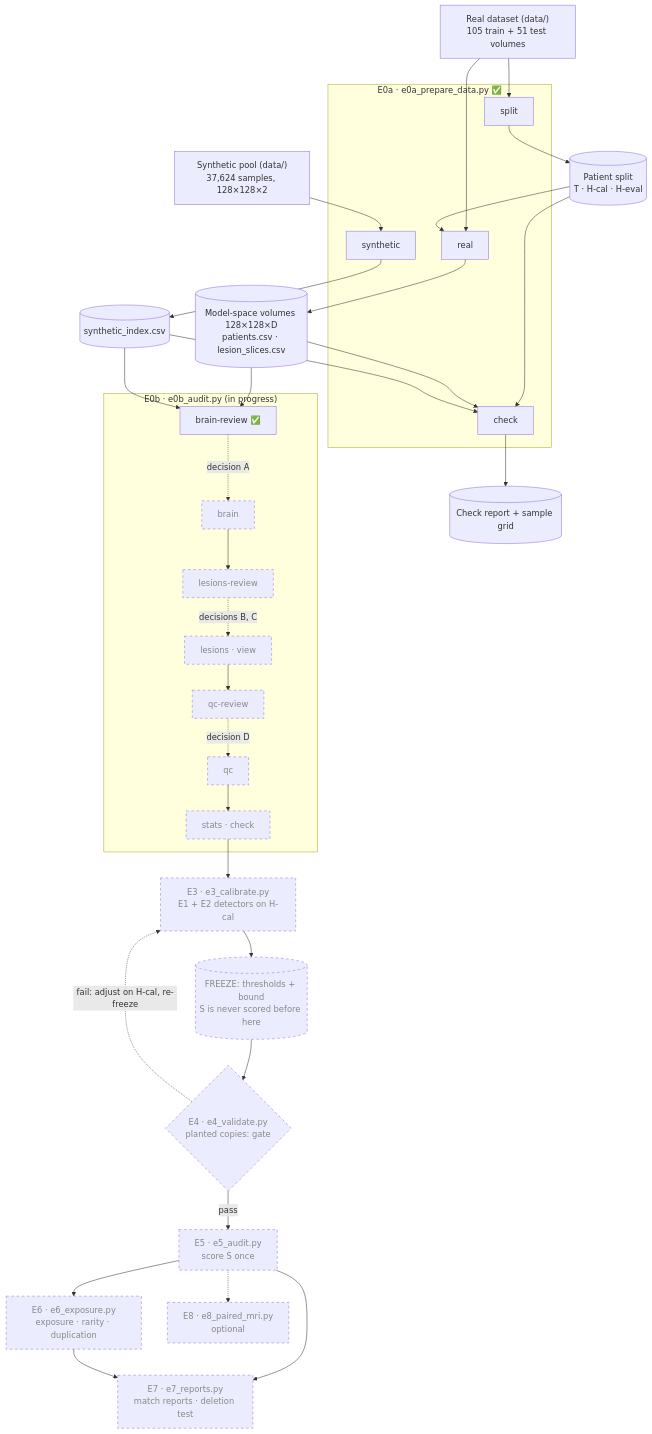
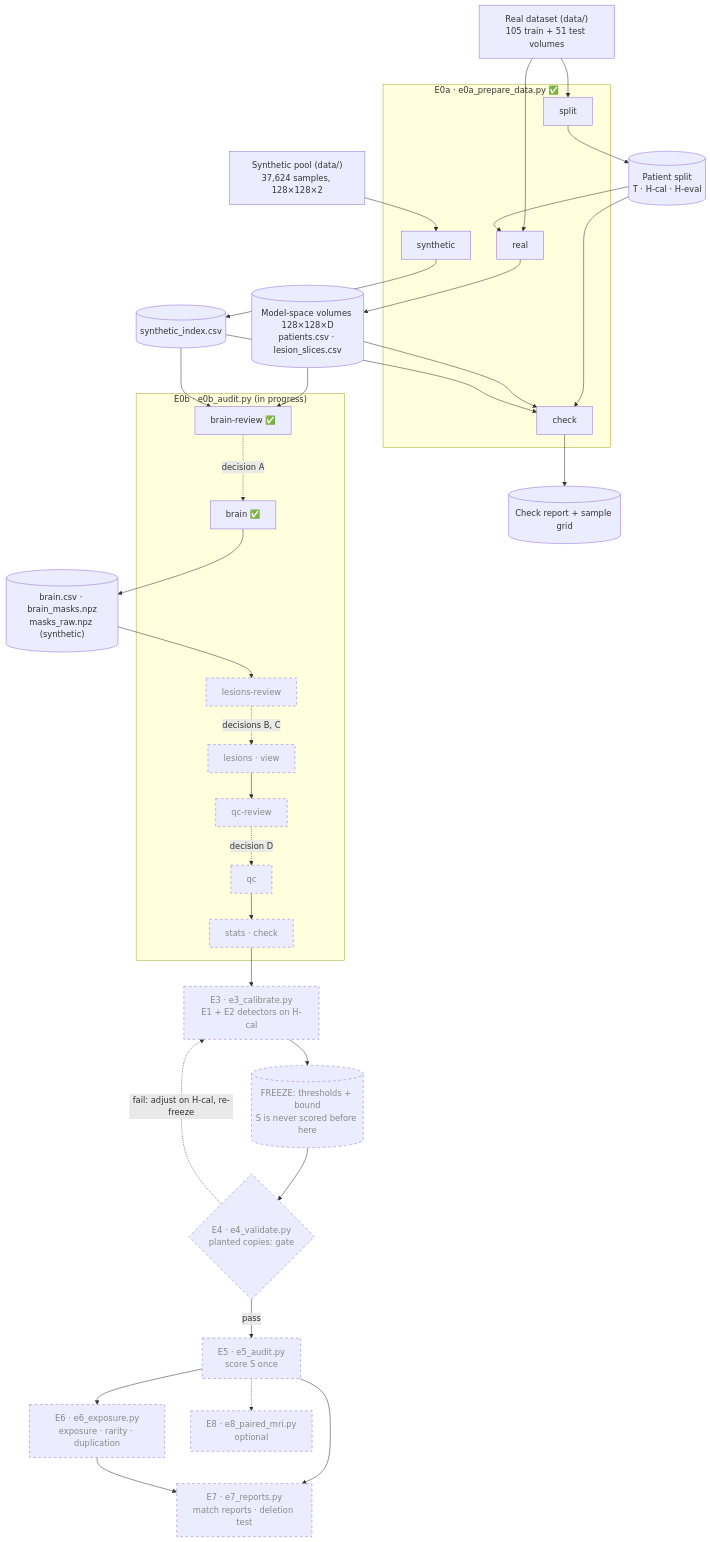
The first of 2 diagrams in docs/architecture.md (mattia3003/MT_project), drawn with Mermaid before and after one commit. The commit also changed other lines of this file and 25 other files, not shown here.

````diff
--- a/docs/architecture.md
+++ b/docs/architecture.md
@@ -24,57 +24,58 @@
 ```mermaid
 flowchart TD
     RAW["Real dataset (data/)<br/>105 train + 51 test volumes"]
     POOL["Synthetic pool (data/)<br/>37,624 samples, 128×128×2"]
 
     subgraph E0A["E0a · e0a_prepare_data.py ✅"]
         SPLIT["split"]
         REAL["real"]
         SYN["synthetic"]
         CHECK["check"]
     end
 
     SPLITCSV[("Patient split<br/>T · H-cal · H-eval")]
     VOLS[("Model-space volumes 128×128×D<br/>patients.csv · lesion_slices.csv")]
     INDEX[("synthetic_index.csv")]
     REPORT[("Check report + sample grid")]
 
     RAW --> SPLIT --> SPLITCSV
     RAW --> REAL
     SPLITCSV --> REAL --> VOLS
     POOL --> SYN --> INDEX
     SPLITCSV & VOLS & INDEX --> CHECK --> REPORT
 
     subgraph E0B["E0b · e0b_audit.py (in progress)"]
         BREV["brain-review ✅"]
-        BRAIN["brain"]:::planned
+        BRAIN["brain ✅"]
         LREV["lesions-review"]:::planned
         LES["lesions · view"]:::planned
         QREV["qc-review"]:::planned
         QC["qc"]:::planned
         STATS["stats · check"]:::planned
     end
     BREV -.->|"decision A"| BRAIN
-    BRAIN --> LREV
+    BRAINOUT[("brain.csv · brain_masks.npz<br/>masks_raw.npz (synthetic)")]
+    BRAIN --> BRAINOUT --> LREV
     LREV -.->|"decisions B, C"| LES
     LES --> QREV
     QREV -.->|"decision D"| QC
     QC --> STATS
 
     E3["E3 · e3_calibrate.py<br/>E1 + E2 detectors on H-cal"]:::planned
     FROZEN[("FREEZE: thresholds + bound<br/>S is never scored before here")]:::planned
     E4{"E4 · e4_validate.py<br/>planted copies: gate"}:::planned
     E5["E5 · e5_audit.py<br/>score S once"]:::planned
     E6["E6 · e6_exposure.py<br/>exposure · rarity · duplication"]:::planned
     E7["E7 · e7_reports.py<br/>match reports · deletion test"]:::planned
     E8["E8 · e8_paired_mri.py<br/>optional"]:::planned
 
     VOLS & INDEX --> BREV
     STATS --> E3 --> FROZEN --> E4
     E4 -->|pass| E5
     E4 -.->|"fail: adjust on H-cal, re-freeze"| E3
     E5 --> E6 & E7
     E6 --> E7
     E5 -.-> E8
 
     classDef planned stroke-dasharray: 5 5,color:#888
 ```
````
